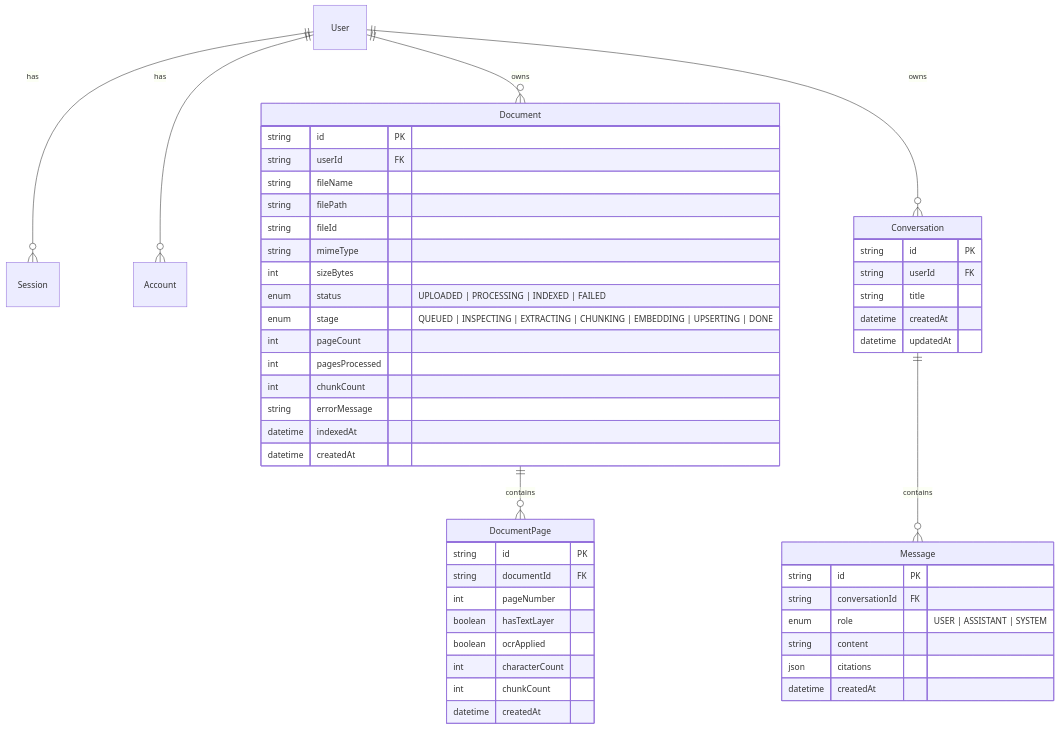
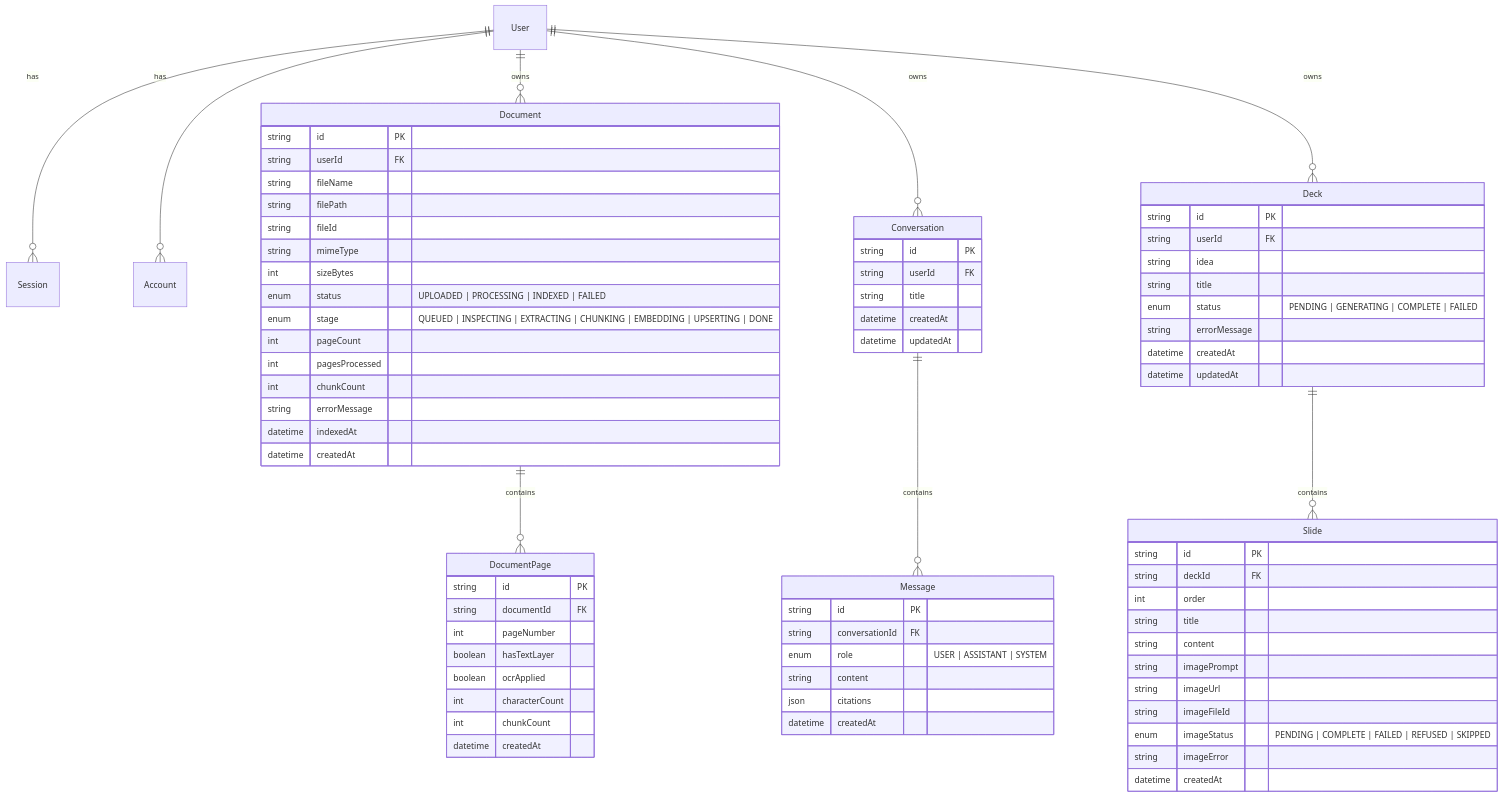
The fifth of 5 diagrams in README.md (Kunalmadoliya/pitch-deck), drawn with Mermaid before and after one commit. The commit also changed other lines of this file and 1 other file, not shown here.

First line of the commit message:
docs: document AI Pitch Deck and the chat route in README

```diff
--- a/README.md
+++ b/README.md
@@ -443,8 +572,36 @@
     User ||--o{ Document : "owns"
     User ||--o{ Conversation : "owns"
 
+    User ||--o{ Deck : "owns"
+
     Document ||--o{ DocumentPage : "contains"
     Conversation ||--o{ Message : "contains"
+    Deck ||--o{ Slide : "contains"
+
+    Deck {
+        string id PK
+        string userId FK
+        string idea
+        string title
+        enum status "PENDING | GENERATING | COMPLETE | FAILED"
+        string errorMessage
+        datetime createdAt
+        datetime updatedAt
+    }
+
+    Slide {
+        string id PK
+        string deckId FK
+        int order
+        string title
+        string content
+        string imagePrompt
+        string imageUrl
+        string imageFileId
+        enum imageStatus "PENDING | COMPLETE | FAILED | REFUSED | SKIPPED"
+        string imageError
+        datetime createdAt
+    }
 
     Document {
         string id PK
```
